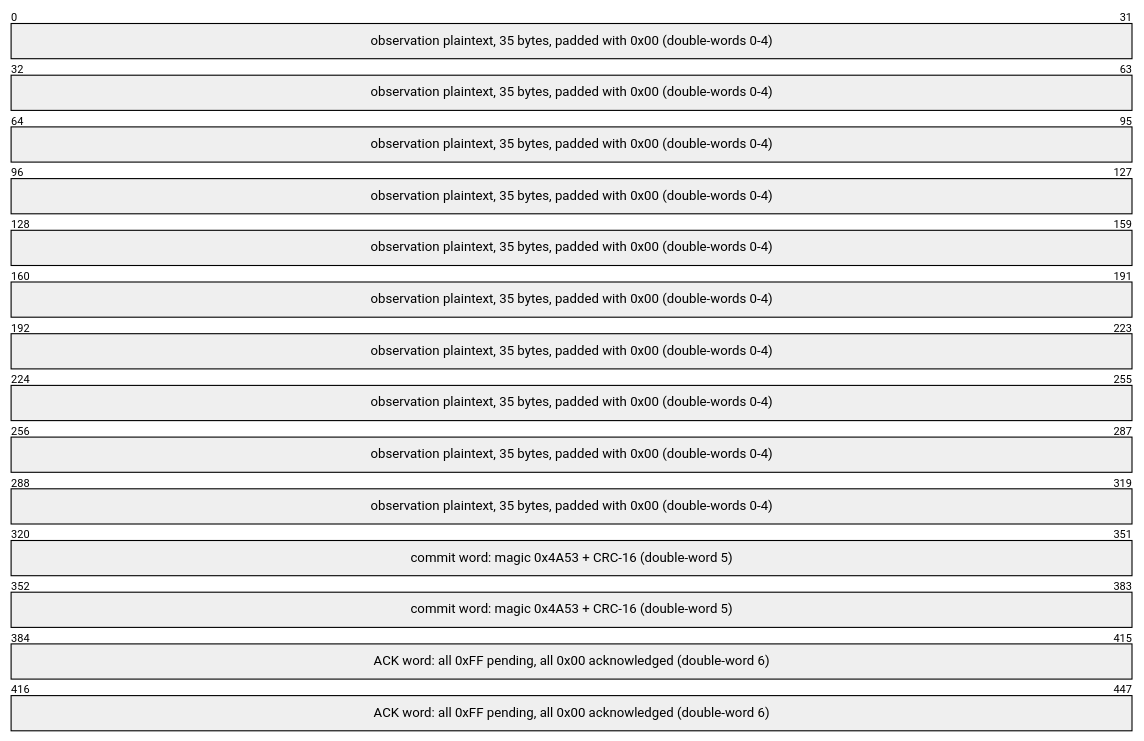
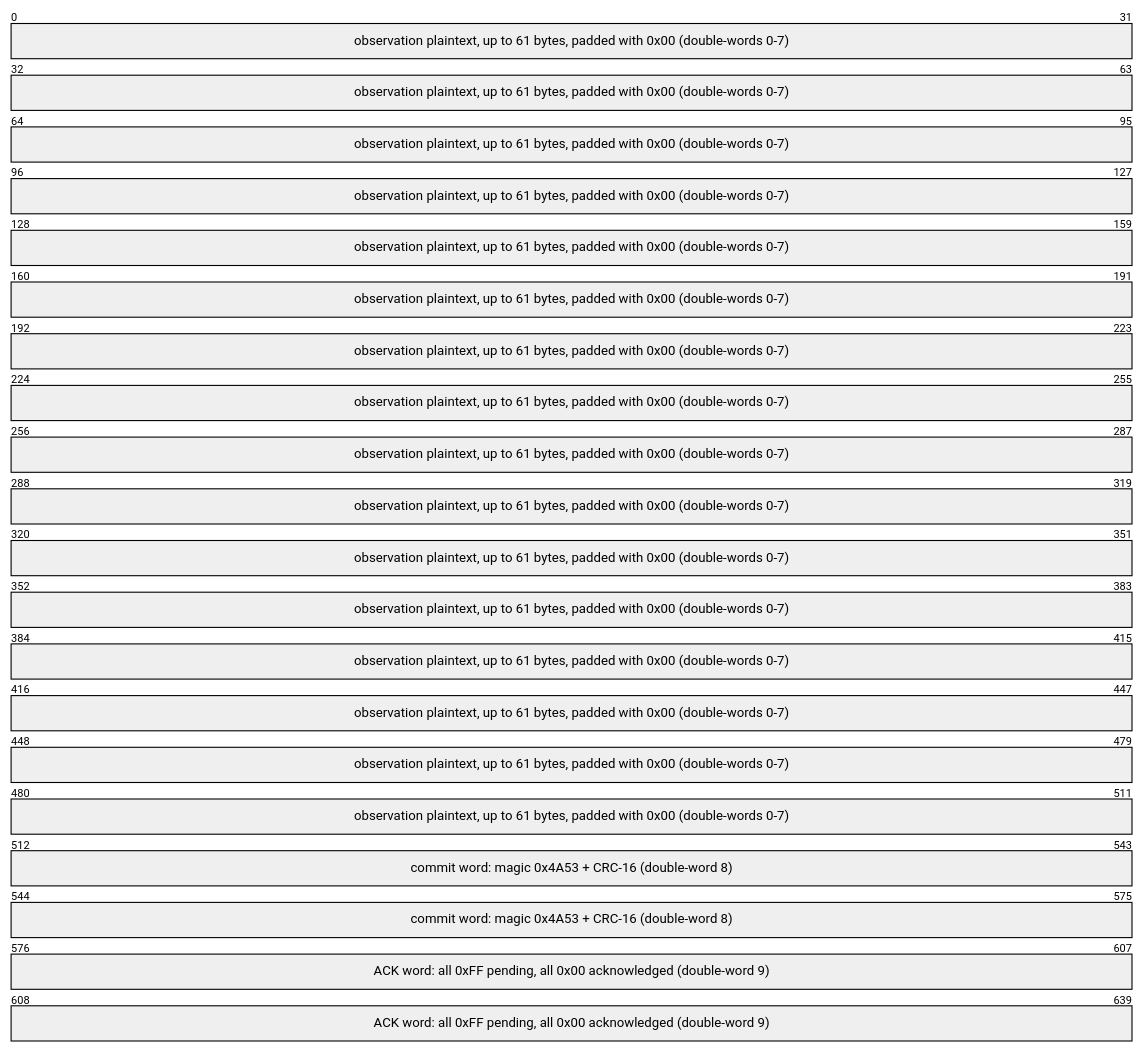
One commit to clintecker/weather-station-2026 changed the fourth of 22 diagrams in docs/protocol-stack.md. Above: the diagram before and after it, drawn with Mermaid. The commit also changed other lines of this file and 42 other files, not shown here.

````diff
--- a/docs/protocol-stack.md
+++ b/docs/protocol-stack.md
@@ -247,6 +247,6 @@
 ```mermaid
 packet-beta
-  0-319: "observation plaintext, 35 bytes, padded with 0x00 (double-words 0-4)"
-  320-383: "commit word: magic 0x4A53 + CRC-16 (double-word 5)"
-  384-447: "ACK word: all 0xFF pending, all 0x00 acknowledged (double-word 6)"
+  0-511: "observation plaintext, up to 61 bytes, padded with 0x00 (double-words 0-7)"
+  512-575: "commit word: magic 0x4A53 + CRC-16 (double-word 8)"
+  576-639: "ACK word: all 0xFF pending, all 0x00 acknowledged (double-word 9)"
 ```
````
